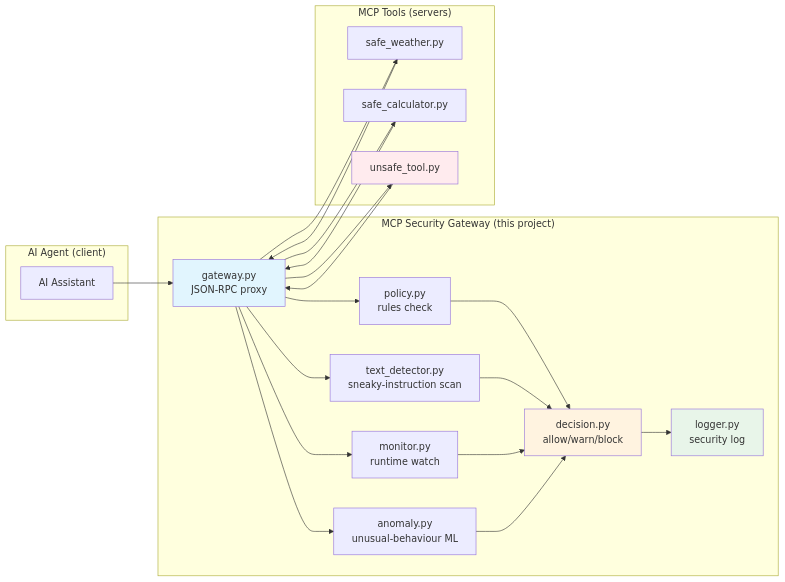
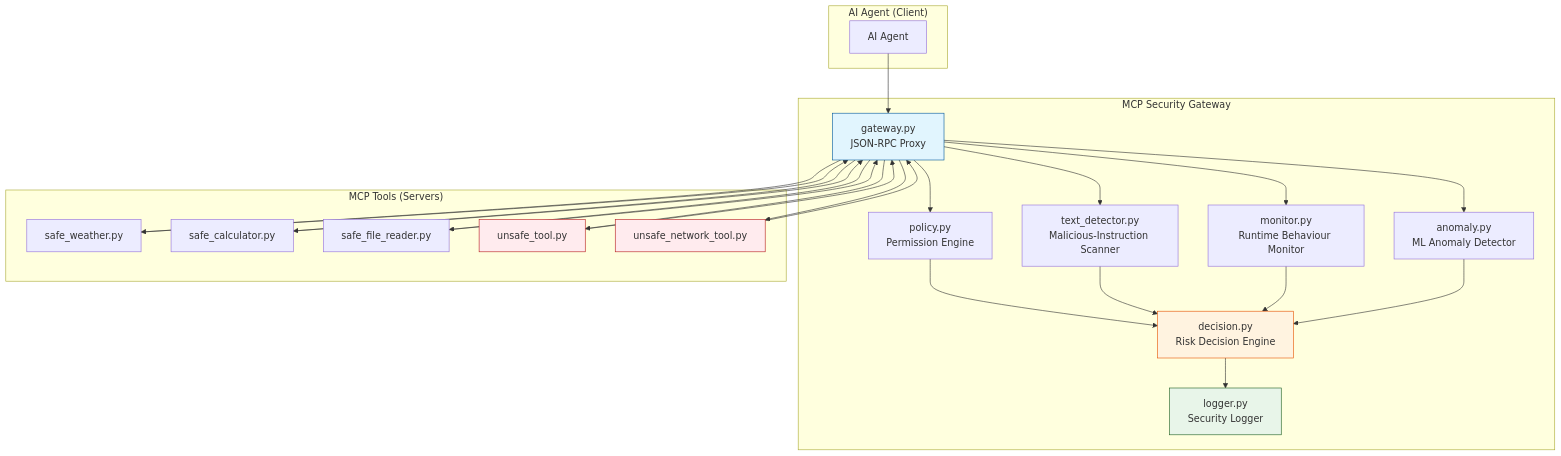
Before and after one commit to Gunjannnn30/mcp-security-gateway: the first of 2 diagrams in README.md, drawn with Mermaid. The commit also changed other lines of this file, not shown here.

Commit message:
docs: rewrite README as research paper with full methodology and diagrams

````diff
--- a/README.md
+++ b/README.md
@@ -315,37 +224,44 @@
 ```mermaid
-flowchart LR
-    subgraph "AI Agent (client)"
-        A[AI Assistant]
+flowchart TB
+    subgraph Client["AI Agent (Client)"]
+        A[AI Agent]
     end
-    subgraph "MCP Security Gateway (this project)"
-        B[gateway.py<br/>JSON-RPC proxy]
-        C[policy.py<br/>rules check]
-        D[text_detector.py<br/>sneaky-instruction scan]
-        E[monitor.py<br/>runtime watch]
-        F[anomaly.py<br/>unusual-behaviour ML]
-        G[decision.py<br/>allow/warn/block]
-        H[logger.py<br/>security log]
+
+    subgraph Gateway["MCP Security Gateway"]
+        B[gateway.py<br/>JSON-RPC Proxy]
+        C[policy.py<br/>Permission Engine]
+        D[text_detector.py<br/>Malicious-Instruction Scanner]
+        E[monitor.py<br/>Runtime Behaviour Monitor]
+        F[anomaly.py<br/>ML Anomaly Detector]
+        G[decision.py<br/>Risk Decision Engine]
+        H[logger.py<br/>Security Logger]
     end
-    subgraph "MCP Tools (servers)"
+
+    subgraph Tools["MCP Tools (Servers)"]
         I[safe_weather.py]
         J[safe_calculator.py]
-        K[unsafe_tool.py]
+        K[safe_file_reader.py]
+        L[unsafe_tool.py]
+        M[unsafe_network_tool.py]
     end
 
     A --> B
     B --> C
     B --> D
     B --> E
     B --> F
     C & D & E & F --> G
     G --> H
     B --> I
     B --> J
     B --> K
-    I & J & K --> B
+    B --> L
+    B --> M
+    I & J & K & L & M --> B
 
-    style B fill:#e1f5fe
-    style G fill:#fff3e0
-    style H fill:#e8f5e9
-    style K fill:#ffebee
+    style B fill:#e1f5fe,stroke:#01579b
+    style G fill:#fff3e0,stroke:#e65100
+    style H fill:#e8f5e9,stroke:#1b5e20
+    style L fill:#ffebee,stroke:#b71c1c
+    style M fill:#ffebee,stroke:#b71c1c
 ```
````
